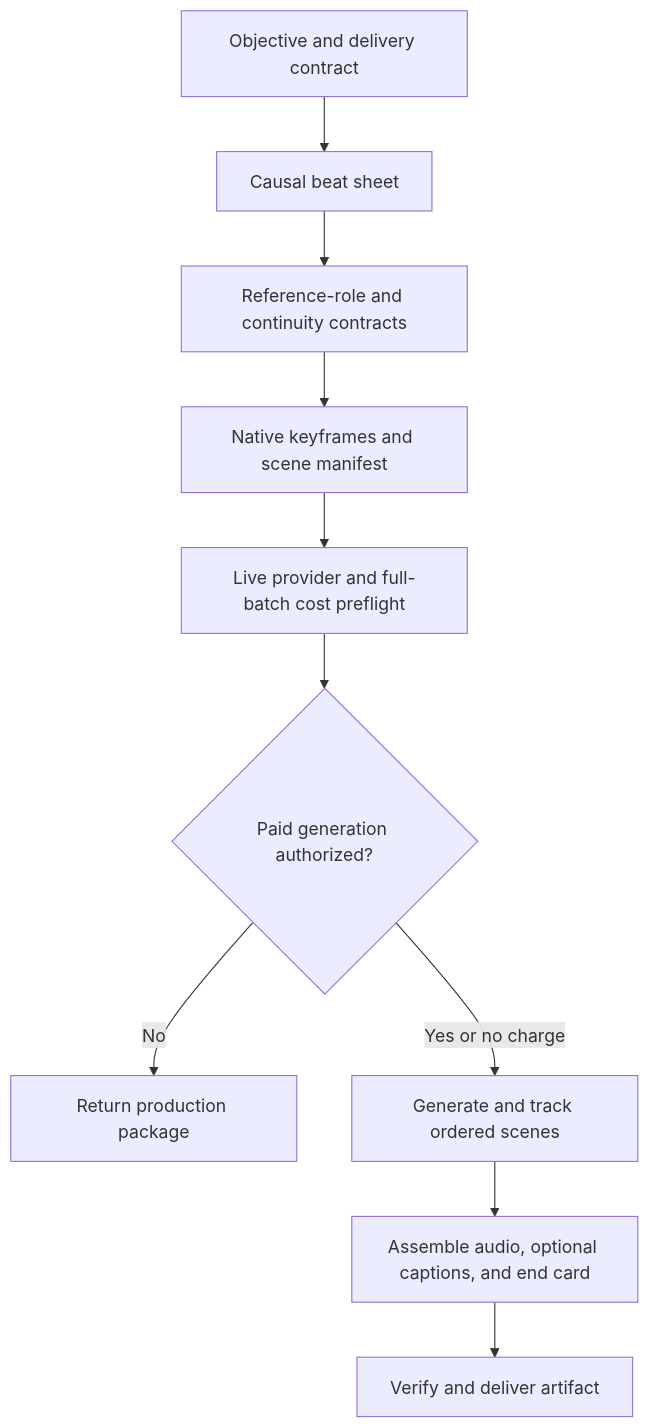
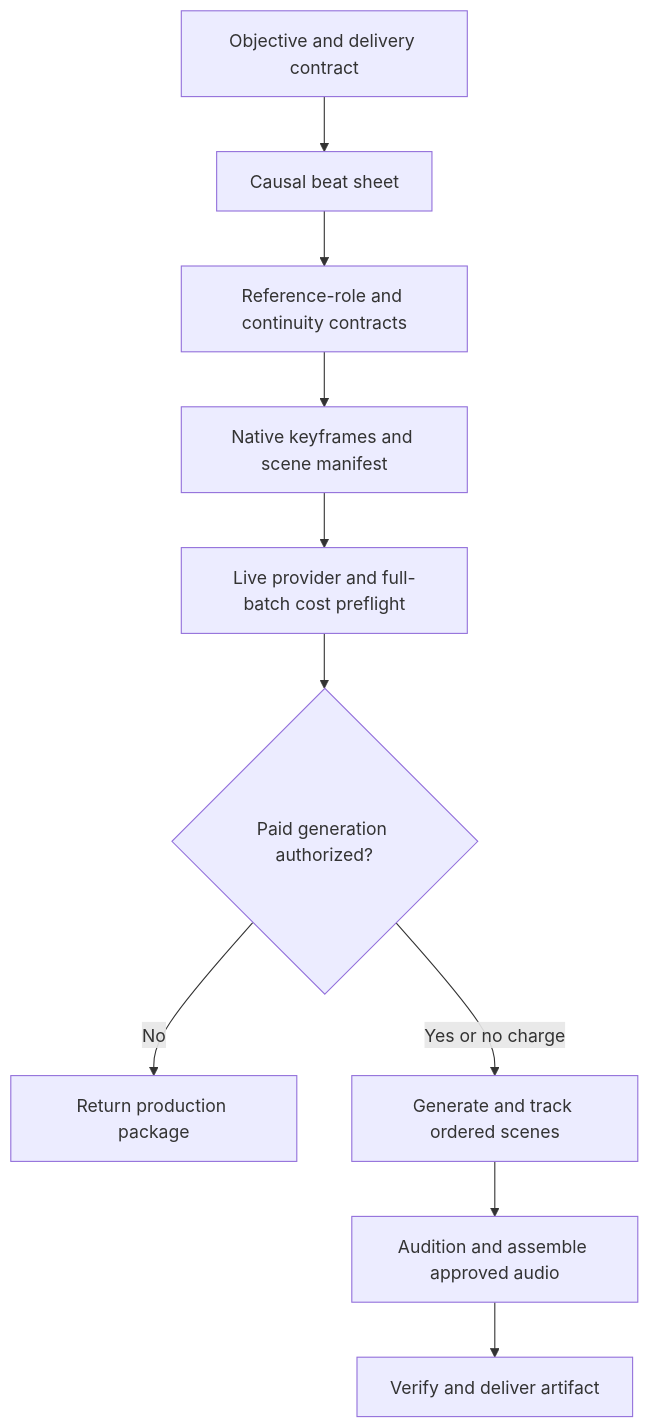
One commit to vladicaster/agent-skills changed the diagram in creative/produce-reference-driven-video/README.md. Above: the diagram before and after it, drawn with Mermaid. The commit also changed other lines of this file, not shown here.

Commit message:
Add music audition and background mix workflow

````diff
--- a/creative/produce-reference-driven-video/README.md
+++ b/creative/produce-reference-driven-video/README.md
@@ -49,12 +50,12 @@
 ```mermaid
 flowchart TD
     A[Objective and delivery contract] --> B[Causal beat sheet]
     B --> C[Reference-role and continuity contracts]
     C --> D[Native keyframes and scene manifest]
     D --> E[Live provider and full-batch cost preflight]
     E --> F{Paid generation authorized?}
     F -->|No| G[Return production package]
     F -->|Yes or no charge| H[Generate and track ordered scenes]
-    H --> I[Assemble audio, optional captions, and end card]
+    H --> I[Audition and assemble approved audio]
     I --> J[Verify and deliver artifact]
 ```
````
